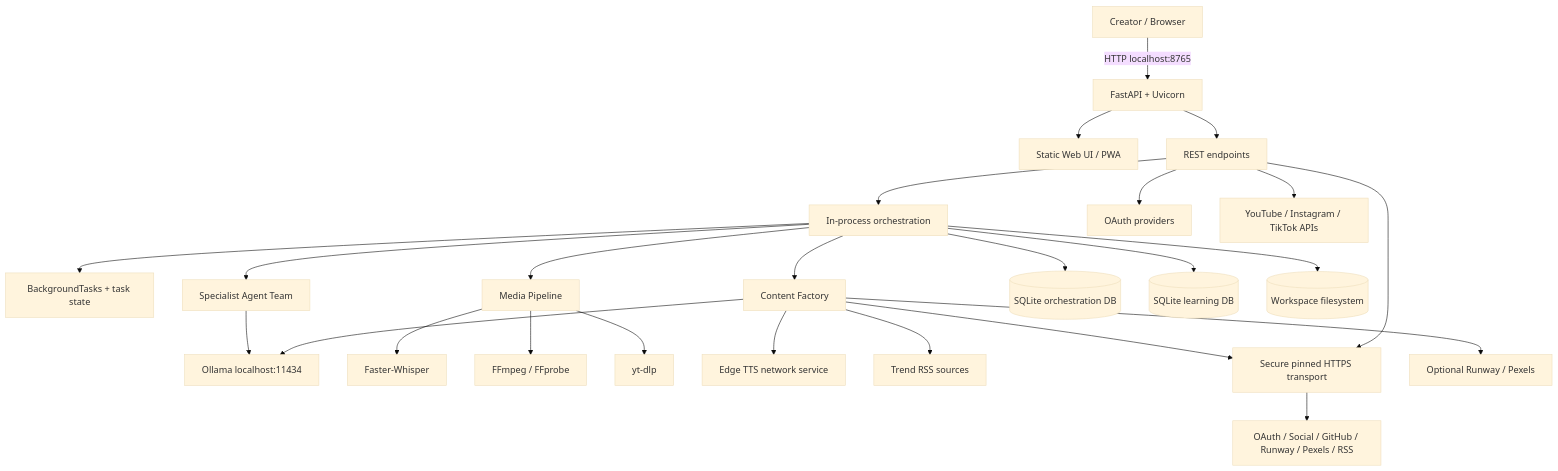
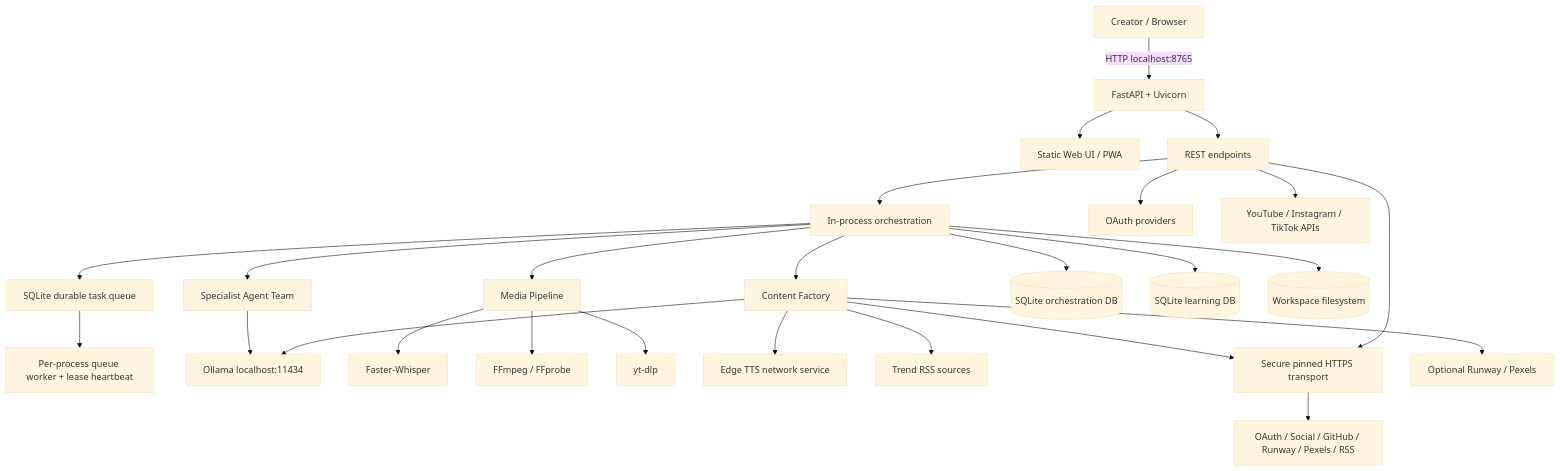
One commit to Myozan/YAMAN-VIRAL-STUDIO-PRO changed the first of 4 diagrams in docs/ENGINEERING-ARCHITECTURE.md. Above: the diagram before and after it, drawn with Mermaid (base theme). The commit also changed other lines of this file and 16 other files, not shown here.

Commit message:
feat: add durable SQLite task queue and worker failover

````diff
--- a/docs/ENGINEERING-ARCHITECTURE.md
+++ b/docs/ENGINEERING-ARCHITECTURE.md
@@ -7,27 +7,28 @@
 ```mermaid
 flowchart TB
   U[Creator / Browser] -->|HTTP localhost:8765| F[FastAPI + Uvicorn]
   F --> UI[Static Web UI / PWA]
   F --> API[REST endpoints]
   API --> ORCH[In-process orchestration]
-  ORCH --> TASKS[BackgroundTasks + task state]
+  ORCH --> TASKS[SQLite durable task queue]
+  TASKS --> WORKER[Per-process queue worker + lease heartbeat]
   ORCH --> CONTENT[Content Factory]
   ORCH --> AGENTS[Specialist Agent Team]
   ORCH --> MEDIA[Media Pipeline]
   CONTENT --> OLLAMA[Ollama localhost:11434]
   AGENTS --> OLLAMA
   MEDIA --> WHISPER[Faster-Whisper]
   MEDIA --> FFMPEG[FFmpeg / FFprobe]
   MEDIA --> YTDLP[yt-dlp]
   CONTENT --> TTS[Edge TTS network service]
   CONTENT --> RSS[Trend RSS sources]
   API --> HTTP[Secure pinned HTTPS transport]
   CONTENT --> HTTP
   HTTP --> REMOTE[OAuth / Social / GitHub / Runway / Pexels / RSS]
   ORCH --> SQLITE[(SQLite orchestration DB)]
   ORCH --> LEARN[(SQLite learning DB)]
   ORCH --> FS[(Workspace filesystem)]
   API --> OAUTH[OAuth providers]
   API --> SOCIAL[YouTube / Instagram / TikTok APIs]
   CONTENT --> VISUAL[Optional Runway / Pexels]
 ```
````
